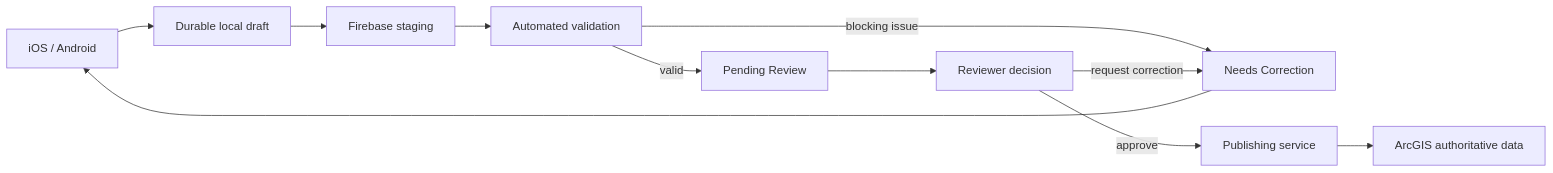
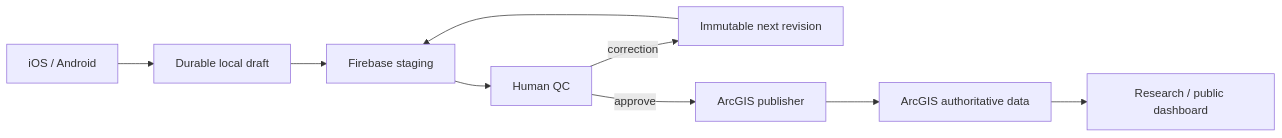
The diagram in docs/PROJECT_ROADMAP.md (UnbrokenMango21/watershed-water-quality-dashboard), drawn with Mermaid before and after one commit. The commit also changed other lines of this file, not shown here.

Commit message:
docs: reorder roadmap around QC publishing and dashboard completion

````diff
--- a/docs/PROJECT_ROADMAP.md
+++ b/docs/PROJECT_ROADMAP.md
@@ -13,13 +11,11 @@
 ```mermaid
 flowchart LR
     A[iOS / Android] --> B[Durable local draft]
     B --> C[Firebase staging]
-    C --> D[Automated validation]
-    D -->|blocking issue| E[Needs Correction]
-    E --> A
-    D -->|valid| F[Pending Review]
-    F --> G[Reviewer decision]
-    G -->|approve| H[Publishing service]
-    H --> I[ArcGIS authoritative data]
-    G -->|request correction| E
+    C --> D[Human QC]
+    D -->|correction| E[Immutable next revision]
+    E --> C
+    D -->|approve| F[ArcGIS publisher]
+    F --> G[ArcGIS authoritative data]
+    G --> H[Research / public dashboard]
 ```
````
